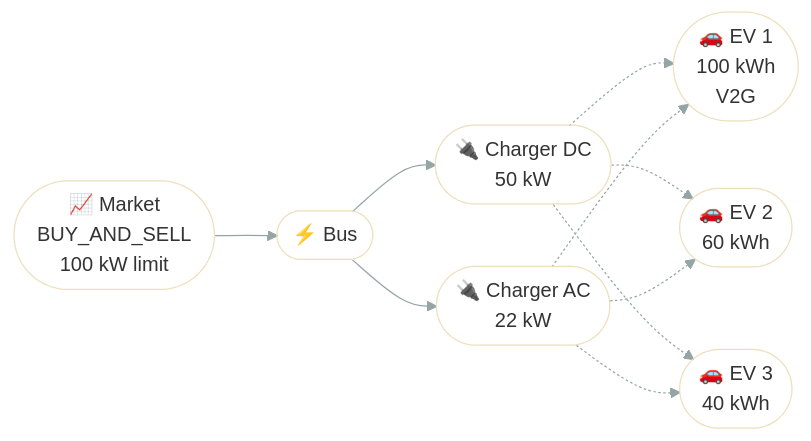
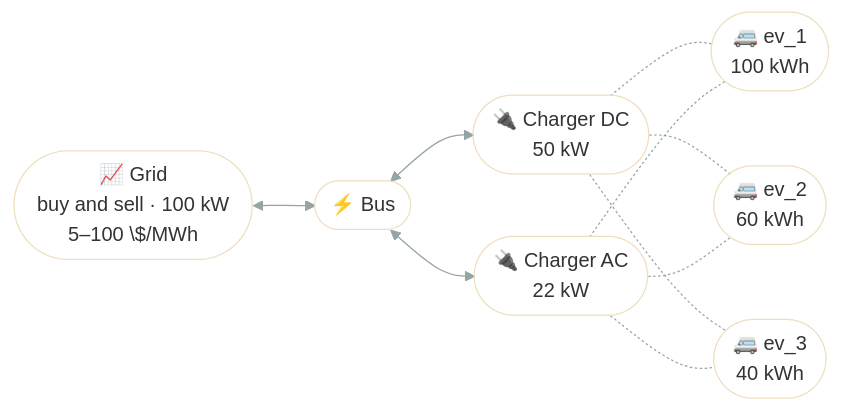
One commit to ramirocrc/odys changed the diagram in docs/examples/ev_fleet_optimization.md. Above: the diagram before and after it, drawn with Mermaid. The commit also changed other lines of this file and 3 other files, not shown here.

````diff
--- a/docs/examples/ev_fleet_optimization.md
+++ b/docs/examples/ev_fleet_optimization.md
@@ -17,20 +17,20 @@
 ```mermaid
 %%{init: {"theme": "base", "themeVariables": {"lineColor": "#95A5A6"}}}%%
 flowchart LR
-    Market(["📈 Market<br/>BUY_AND_SELL<br/>100 kW limit"]) --> Bus(["⚡ Bus"])
-    Bus --> Charger1(["🔌 Charger DC<br/>50 kW"])
-    Bus --> Charger2(["🔌 Charger AC<br/>22 kW"])
-    Charger1 -.-> EV1(["🚗 EV 1<br/>100 kWh<br/>V2G"])
-    Charger1 -.-> EV2(["🚗 EV 2<br/>60 kWh"])
-    Charger1 -.-> EV3(["🚗 EV 3<br/>40 kWh"])
-    Charger2 -.-> EV1
-    Charger2 -.-> EV2
-    Charger2 -.-> EV3
+    Market(["📈 Grid<br/>buy and sell · 100 kW<br/>5–100 \$/MWh"]) <--> Bus(["⚡ Bus"])
+    Bus <--> Charger1(["🔌 Charger DC<br/>50 kW"])
+    Bus <--> Charger2(["🔌 Charger AC<br/>22 kW"])
+    Charger1 -.- EV1(["🚐 ev_1<br/>100 kWh"])
+    Charger1 -.- EV2(["🚐 ev_2<br/>60 kWh"])
+    Charger1 -.- EV3(["🚐 ev_3<br/>40 kWh"])
+    Charger2 -.- EV1
+    Charger2 -.- EV2
+    Charger2 -.- EV3
     style Market fill:none
     style Bus fill:none
     style Charger1 fill:none
     style Charger2 fill:none
     style EV1 fill:none
     style EV2 fill:none
     style EV3 fill:none
 ```
````
